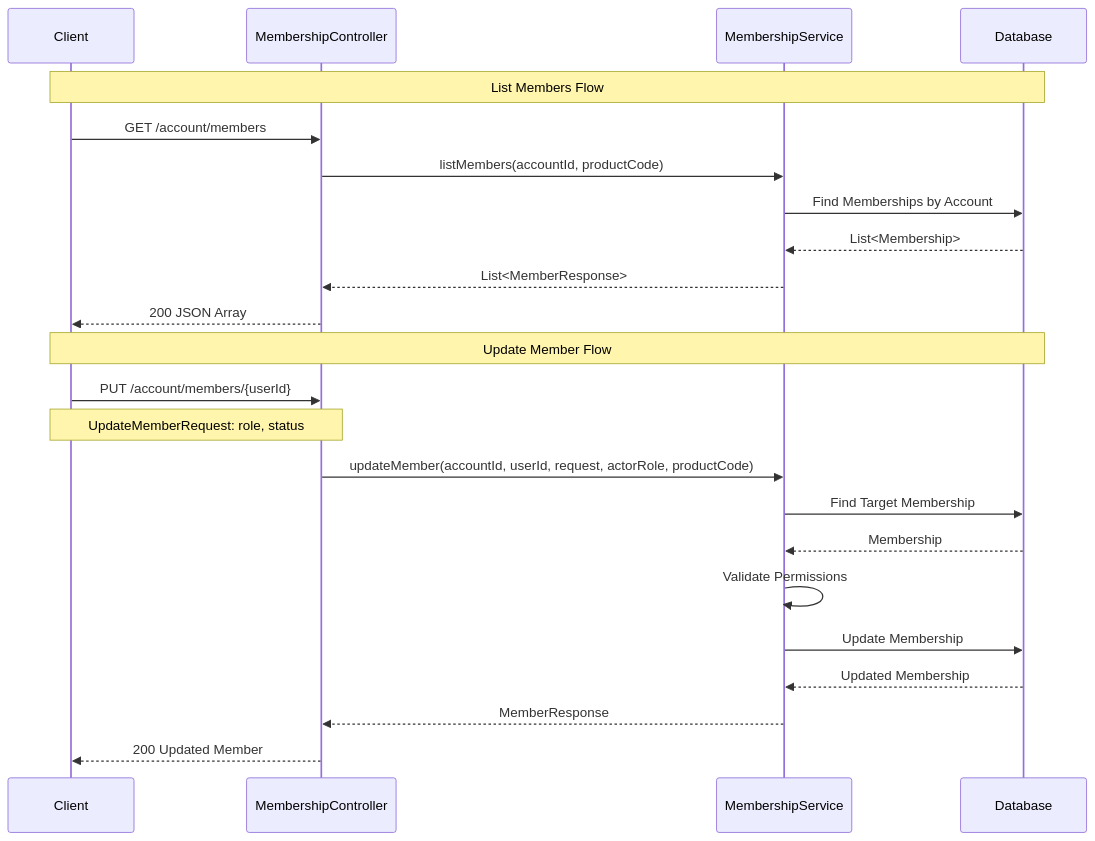
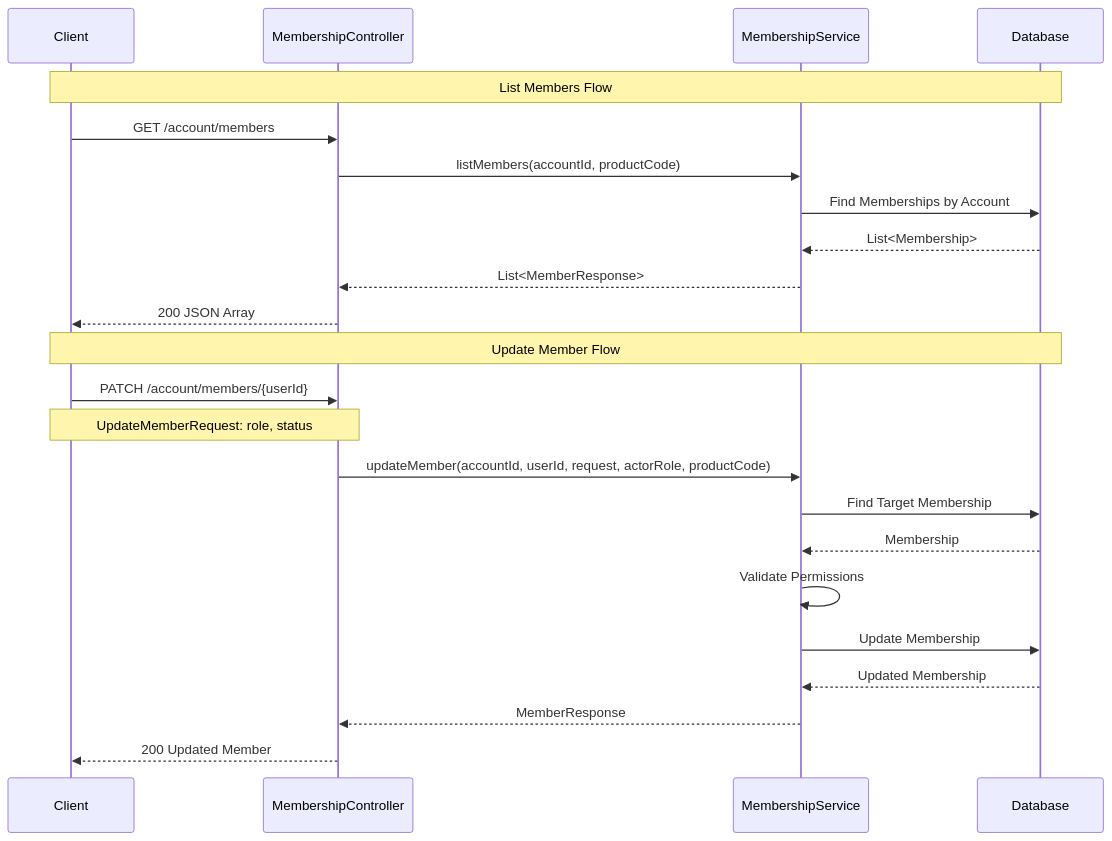
One commit to imprabu/delight-account-service changed the sixth of 8 diagrams in application-flow-diagram.md. Above: the diagram before and after it, drawn with Mermaid. The commit also changed other lines of this file and 75 other files, not shown here.

````diff
--- a/application-flow-diagram.md
+++ b/application-flow-diagram.md
@@ -236,27 +256,27 @@
 ```mermaid
 sequenceDiagram
     participant Client
     participant MembershipController
     participant MembershipService
     participant DB as Database
     
     Note over Client,DB: List Members Flow
     Client->>MembershipController: GET /account/members
     MembershipController->>MembershipService: listMembers(accountId, productCode)
     MembershipService->>DB: Find Memberships by Account
     DB-->>MembershipService: List<Membership>
     MembershipService-->>MembershipController: List<MemberResponse>
     MembershipController-->>Client: 200 JSON Array
     
     Note over Client,DB: Update Member Flow
-    Client->>MembershipController: PUT /account/members/{userId}
+    Client->>MembershipController: PATCH /account/members/{userId}
     Note over Client,MembershipController: UpdateMemberRequest: role, status
     MembershipController->>MembershipService: updateMember(accountId, userId, request, actorRole, productCode)
     MembershipService->>DB: Find Target Membership
     DB-->>MembershipService: Membership
     MembershipService->>MembershipService: Validate Permissions
     MembershipService->>DB: Update Membership
     DB-->>MembershipService: Updated Membership
     MembershipService-->>MembershipController: MemberResponse
     MembershipController-->>Client: 200 Updated Member
 ```
````
